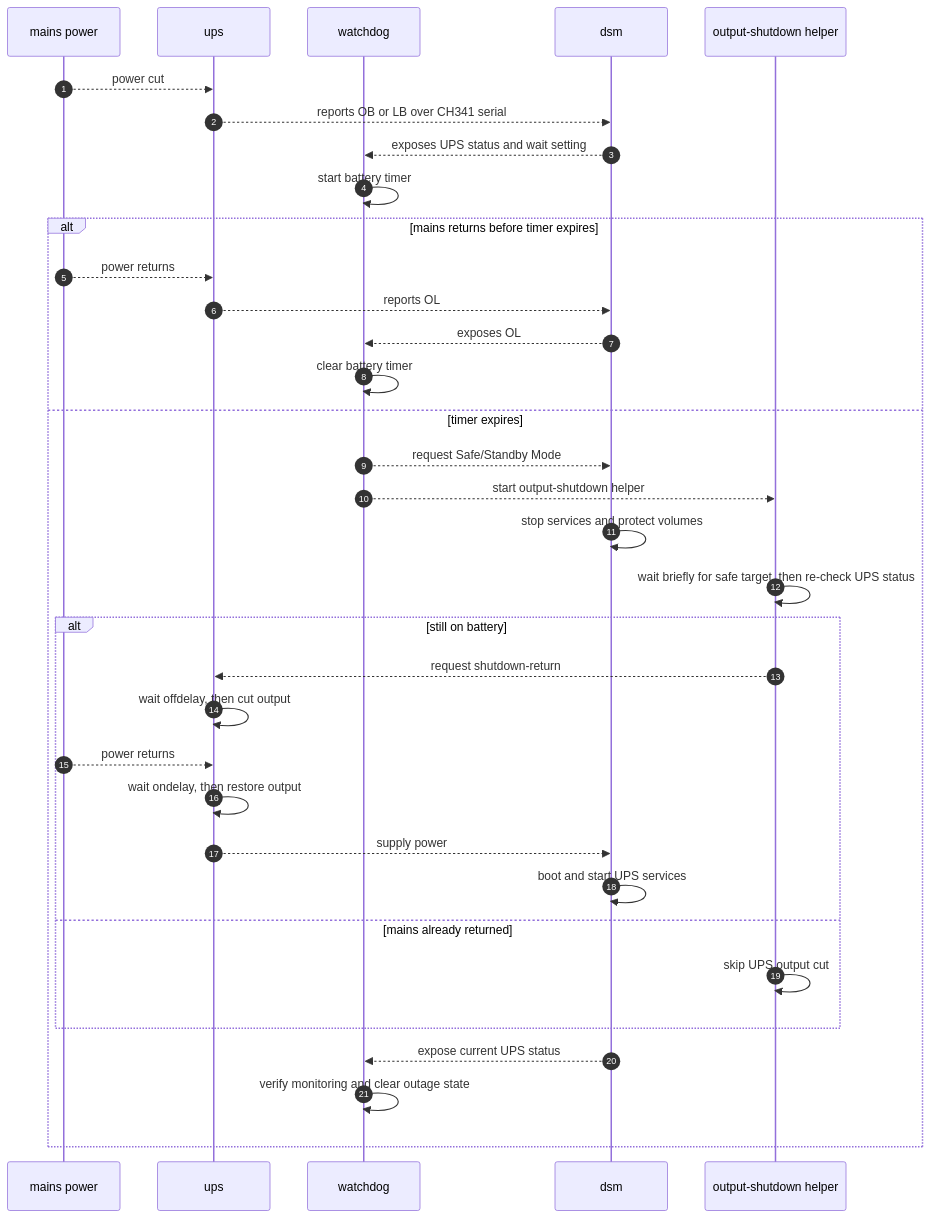
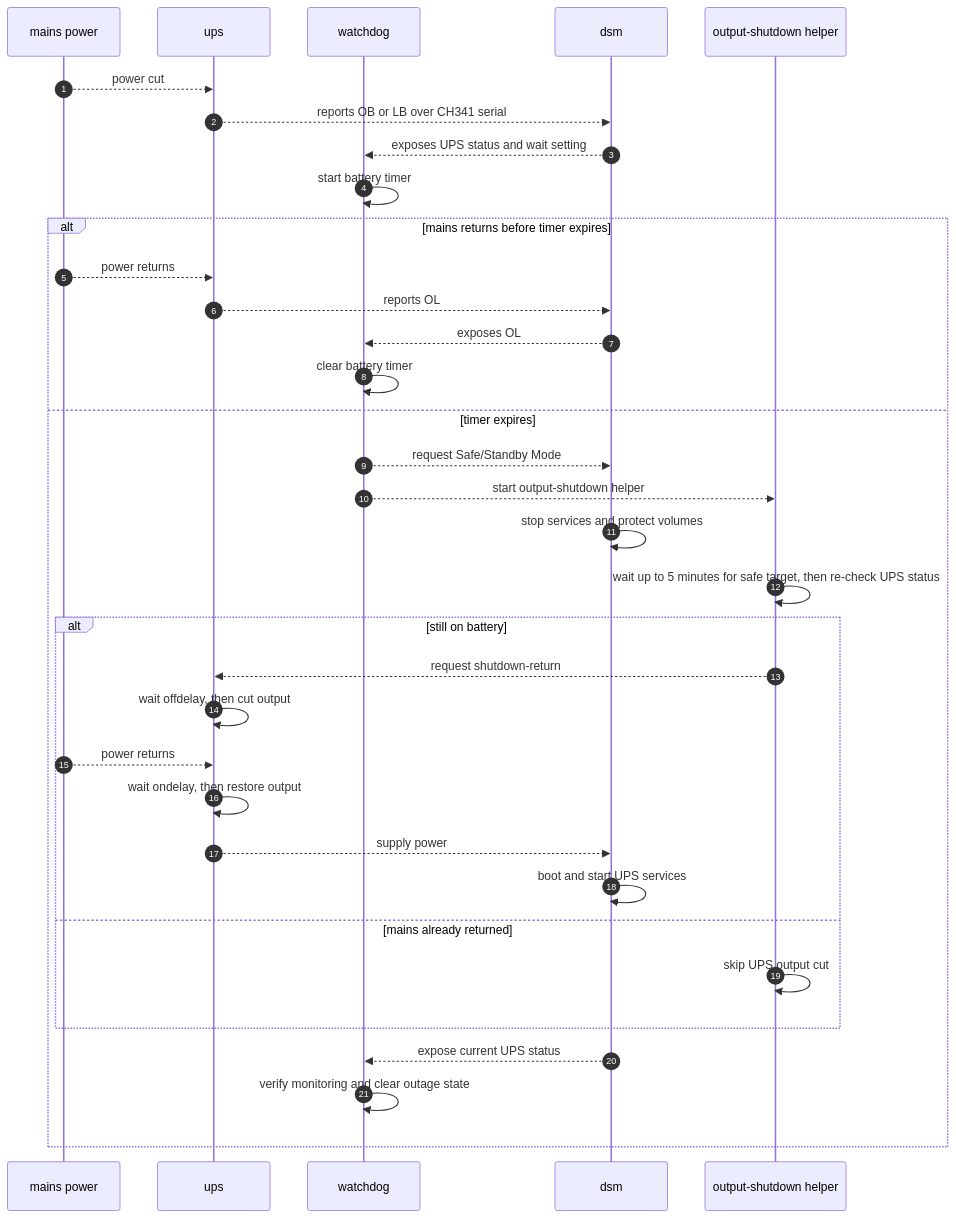
Before and after one commit to papa-vova/synology-nut-ch341-ups: the first of 2 diagrams in README.md, drawn with Mermaid. The commit also changed other lines of this file and 1 other file, not shown here.

Commit message:
Wait longer for DSM safe shutdown target

````diff
--- a/README.md
+++ b/README.md
@@ -54,37 +54,37 @@
 ```mermaid
 sequenceDiagram
   autonumber
   participant M as mains power
   participant U as ups
   participant W as watchdog
   participant D as dsm
   participant O as output-shutdown helper
 
   M-->>U: power cut
   U-->>D: reports OB or LB over CH341 serial
   D-->>W: exposes UPS status and wait setting
   W->>W: start battery timer
   alt mains returns before timer expires
     M-->>U: power returns
     U-->>D: reports OL
     D-->>W: exposes OL
     W->>W: clear battery timer
   else timer expires
     W-->>D: request Safe/Standby Mode
     W-->>O: start output-shutdown helper
     D->>D: stop services and protect volumes
-    O->>O: wait briefly for safe target, then re-check UPS status
+    O->>O: wait up to 5 minutes for safe target, then re-check UPS status
     alt still on battery
       O-->>U: request shutdown-return
       U->>U: wait offdelay, then cut output
       M-->>U: power returns
       U->>U: wait ondelay, then restore output
       U-->>D: supply power
       D->>D: boot and start UPS services
     else mains already returned
       O->>O: skip UPS output cut
     end
     D-->>W: expose current UPS status
     W->>W: verify monitoring and clear outage state
   end
 ```
````
